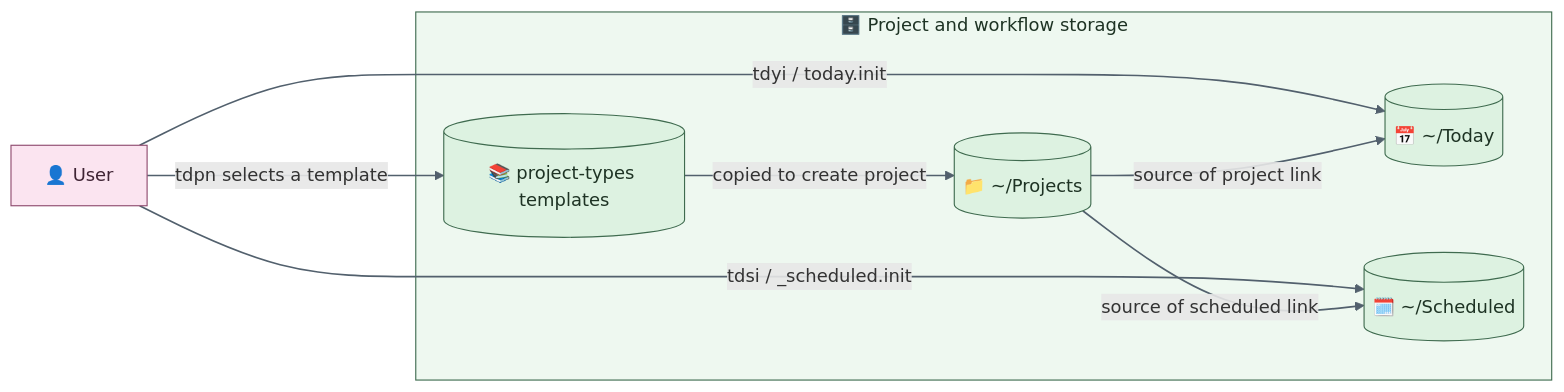
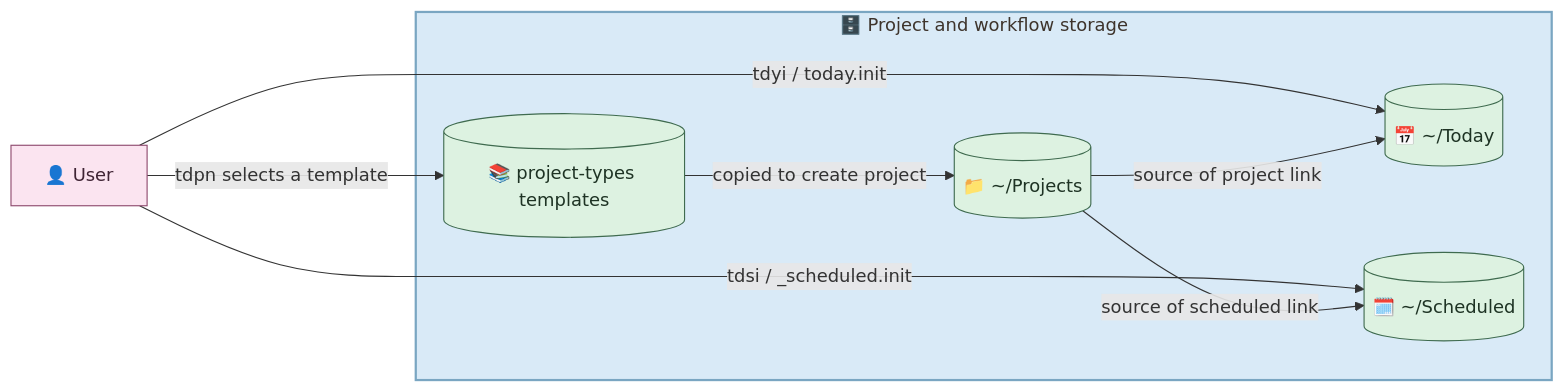
One commit to enogrob/project-today-manager changed the second of 3 diagrams in README.md. Above: the diagram before and after it, drawn with Mermaid. The commit also changed other lines of this file, not shown here.

````diff
--- a/README.md
+++ b/README.md
@@ -28,25 +85,24 @@
 ```mermaid
 flowchart LR
   user["👤 User"]
 
   subgraph storage["🗄️ Project and workflow storage"]
     templates[("📚 project-types templates")]
     projects[("📁 ~/Projects")]
     today[("📅 ~/Today")]
     scheduled[("🗓️ ~/Scheduled")]
   end
 
   user -->|tdpn selects a template| templates
   templates -->|copied to create project| projects
   user -->|tdyi / today.init| today
   projects -->|source of project link| today
   user -->|tdsi / _scheduled.init| scheduled
   projects -->|source of scheduled link| scheduled
 
   classDef actor fill:#FBE4F0,stroke:#8E496D,color:#3F2434;
   classDef data fill:#DDF2E1,stroke:#3F6B4F,color:#1E3324;
   class user actor;
   class templates,projects,today,scheduled data;
-  style storage fill:#EEF8F0,stroke:#3F6B4F,color:#1E3324;
-  linkStyle default stroke:#52606D,stroke-width:1.5px;
+  style storage fill:#D9EAF7,stroke:#7AA6C2,color:#3E342C,stroke-width:2px;
 ```
````
